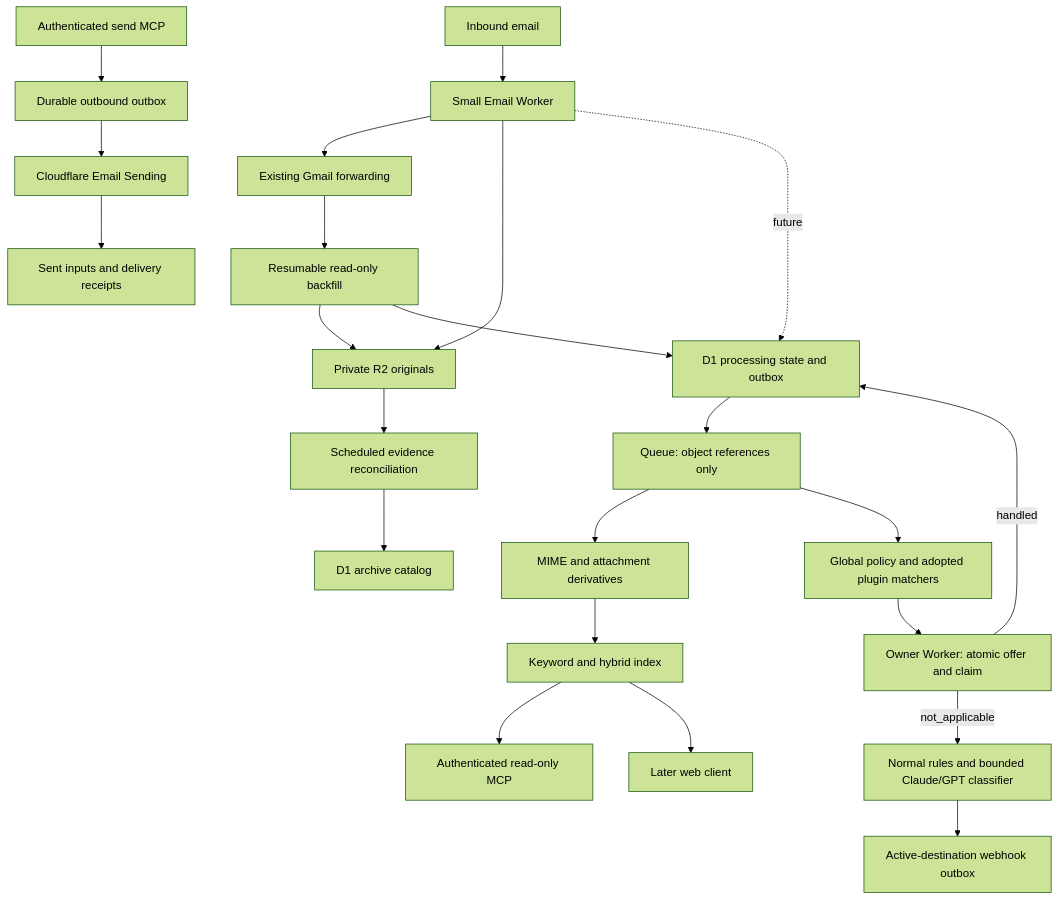
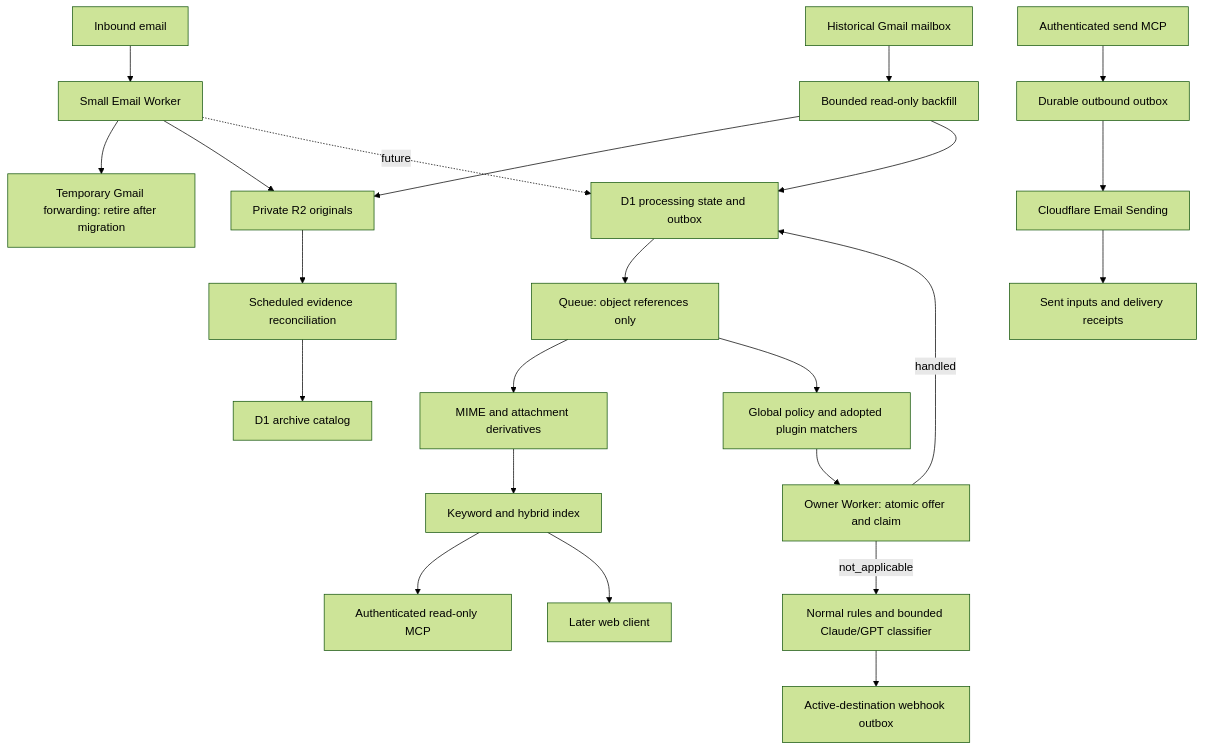
The diagram in docs/architecture.md (risu729/fumi), drawn with Mermaid (forest theme) before and after one commit. The commit also changed other lines of this file and 6 other files, not shown here.

````diff
--- a/docs/architecture.md
+++ b/docs/architecture.md
@@ -14,25 +14,25 @@
 ```mermaid
 flowchart TD
   Mail[Inbound email] --> Ingress[Small Email Worker]
-  Ingress --> Gmail[Existing Gmail forwarding]
+  Ingress --> Gmail[Temporary Gmail forwarding: retire after migration]
   Ingress --> Raw[Private R2 originals]
   Raw --> Repair[Scheduled evidence reconciliation]
   Repair --> Catalog[D1 archive catalog]
   Ingress -.->|future| Receipt[D1 processing state and outbox]
-  Gmail --> Import[Resumable read-only backfill]
+  History[Historical Gmail mailbox] --> Import[Bounded read-only backfill]
   Import --> Raw
   Import --> Receipt
   Receipt --> Queue[Queue: object references only]
   Queue --> Normalize[MIME and attachment derivatives]
   Normalize --> Search[Keyword and hybrid index]
   Search --> MCP[Authenticated read-only MCP]
   Search --> Web[Later web client]
   Queue --> Rules[Global policy and adopted plugin matchers]
   Rules --> Owner[Owner Worker: atomic offer and claim]
   Owner -->|not_applicable| Classify[Normal rules and bounded Claude/GPT classifier]
   Owner -->|handled| Receipt
   Classify --> Dispatch[Active-destination webhook outbox]
   SendMCP[Authenticated send MCP] --> SendOutbox[Durable outbound outbox]
   SendOutbox --> Provider[Cloudflare Email Sending]
   Provider --> Sent[Sent inputs and delivery receipts]
 ```
````
